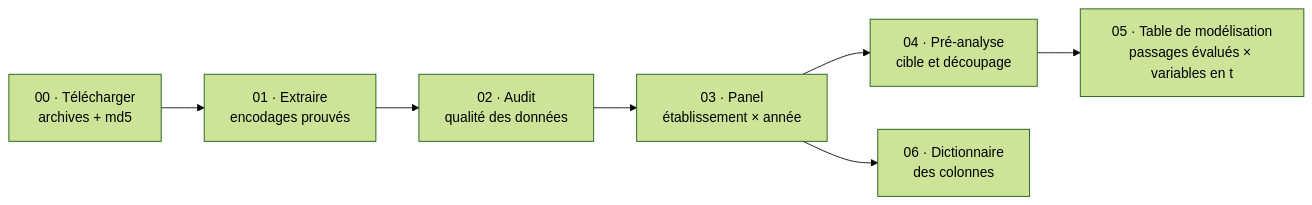
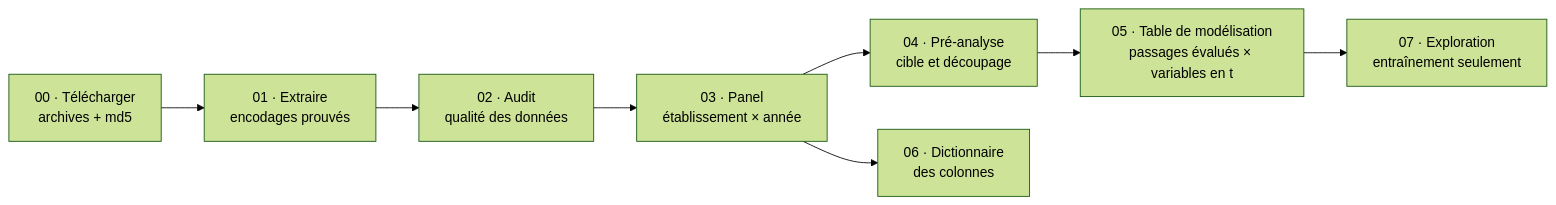
Before and after one commit to ousmane-soumah01/sae-decrochage-mco: the diagram in README.md, drawn with Mermaid (forest theme). The commit also changed other lines of this file and 8 other files, not shown here.

````diff
--- a/README.md
+++ b/README.md
@@ -87,9 +88,10 @@
 ```mermaid
 flowchart LR
     A["00 · Télécharger<br/>archives + md5"] --> B["01 · Extraire<br/>encodages prouvés"]
     B --> C["02 · Audit<br/>qualité des données"]
     C --> D["03 · Panel<br/>établissement × année"]
     D --> E["04 · Pré-analyse<br/>cible et découpage"]
     D --> F["06 · Dictionnaire<br/>des colonnes"]
     E --> G["05 · Table de modélisation<br/>passages évalués × variables en t"]
+    G --> H["07 · Exploration<br/>entraînement seulement"]
 ```
````
